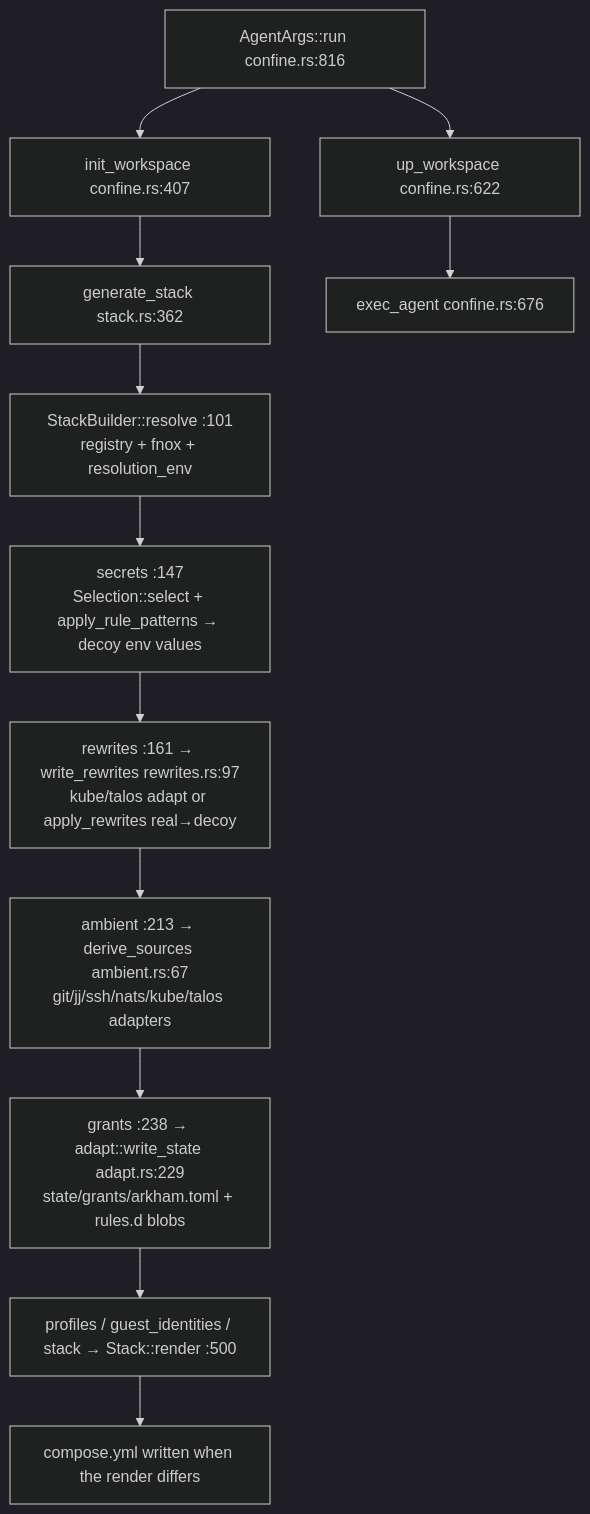
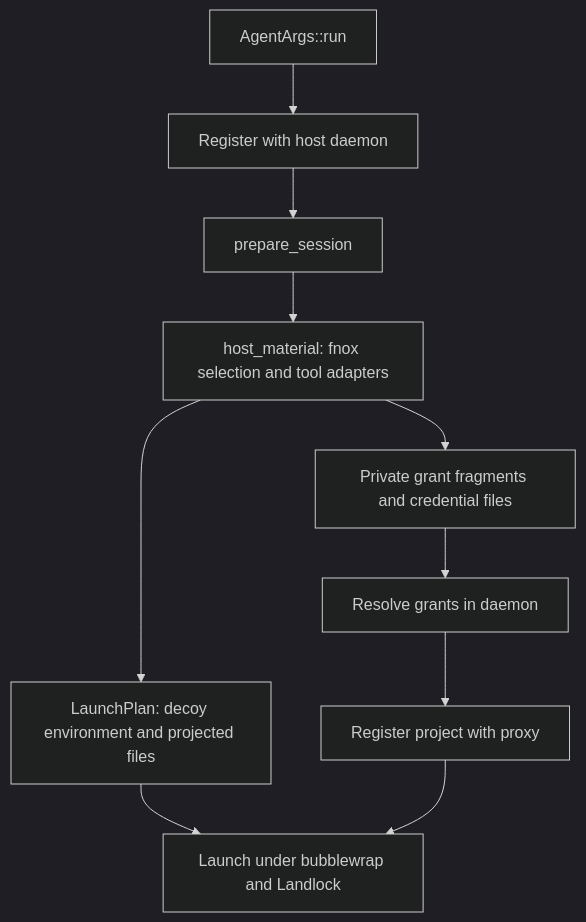
The second of 2 diagrams in docs/engineering/architecture-map.md (lotsaai/arkham), drawn with Mermaid (dark theme) before and after one commit. The commit also changed other lines of this file and 75 other files, not shown here.

First line of the commit message:
feat: replaced compose stack flow with host-confined agent daemon

````diff
--- a/docs/engineering/architecture-map.md
+++ b/docs/engineering/architecture-map.md
@@ -244,13 +244,12 @@
 ```mermaid
 flowchart TD
-  A[AgentArgs::run confine.rs:816] --> B[init_workspace confine.rs:407]
-  B --> C[generate_stack stack.rs:362]
-  C --> C1[StackBuilder::resolve :101<br/>registry + fnox + resolution_env]
-  C1 --> C2[secrets :147<br/>Selection::select + apply_rule_patterns → decoy env values]
-  C2 --> C3[rewrites :161 → write_rewrites rewrites.rs:97<br/>kube/talos adapt or apply_rewrites real→decoy]
-  C3 --> C4[ambient :213 → derive_sources ambient.rs:67<br/>git/jj/ssh/nats/kube/talos adapters]
-  C4 --> C5[grants :238 → adapt::write_state adapt.rs:229<br/>state/grants/arkham.toml + rules.d blobs]
-  C5 --> C6[profiles / guest_identities / stack → Stack::render :500]
-  C6 --> D[compose.yml written when the render differs]
-  A --> E[up_workspace confine.rs:622] --> F[exec_agent confine.rs:676]
+  A[AgentArgs::run] --> B[Register with host daemon]
+  B --> C[prepare_session]
+  C --> D[host_material: fnox selection and tool adapters]
+  D --> E[Private grant fragments and credential files]
+  E --> F[Resolve grants in daemon]
+  D --> G[LaunchPlan: decoy environment and projected files]
+  F --> H[Register project with proxy]
+  G --> I[Launch under bubblewrap and Landlock]
+  H --> I
 ```
````
